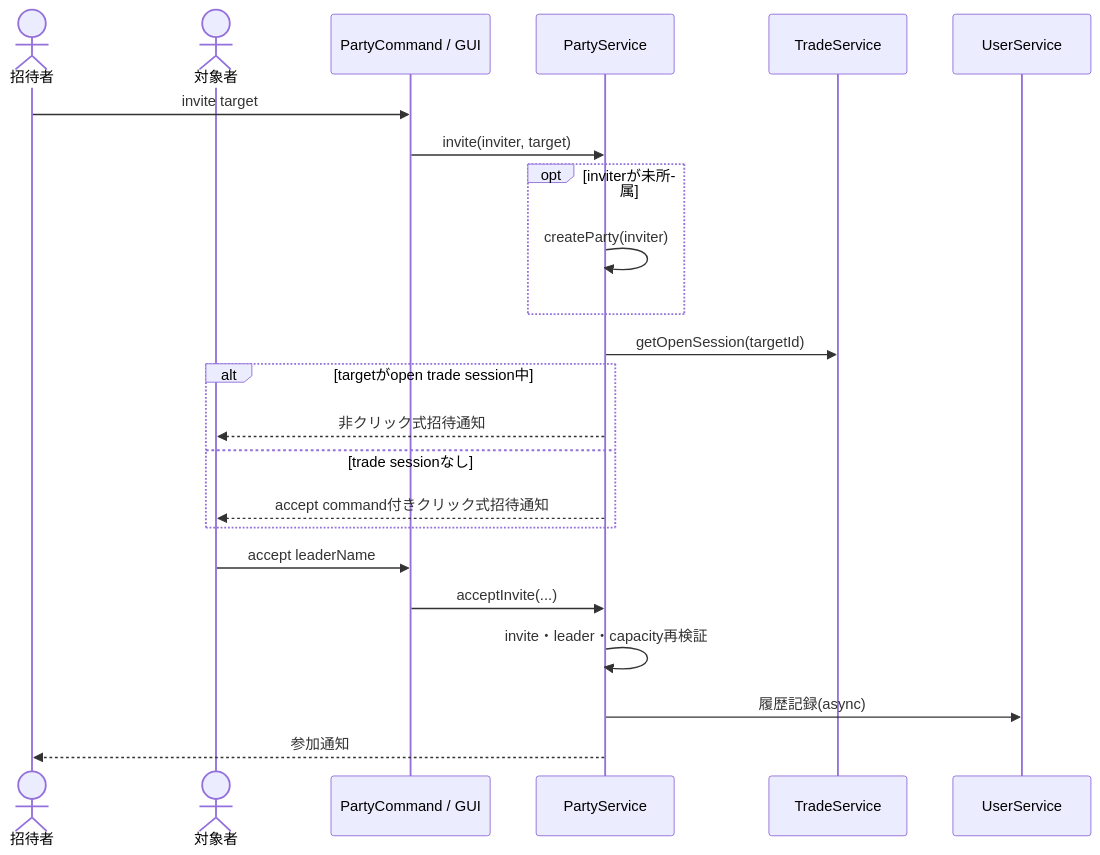
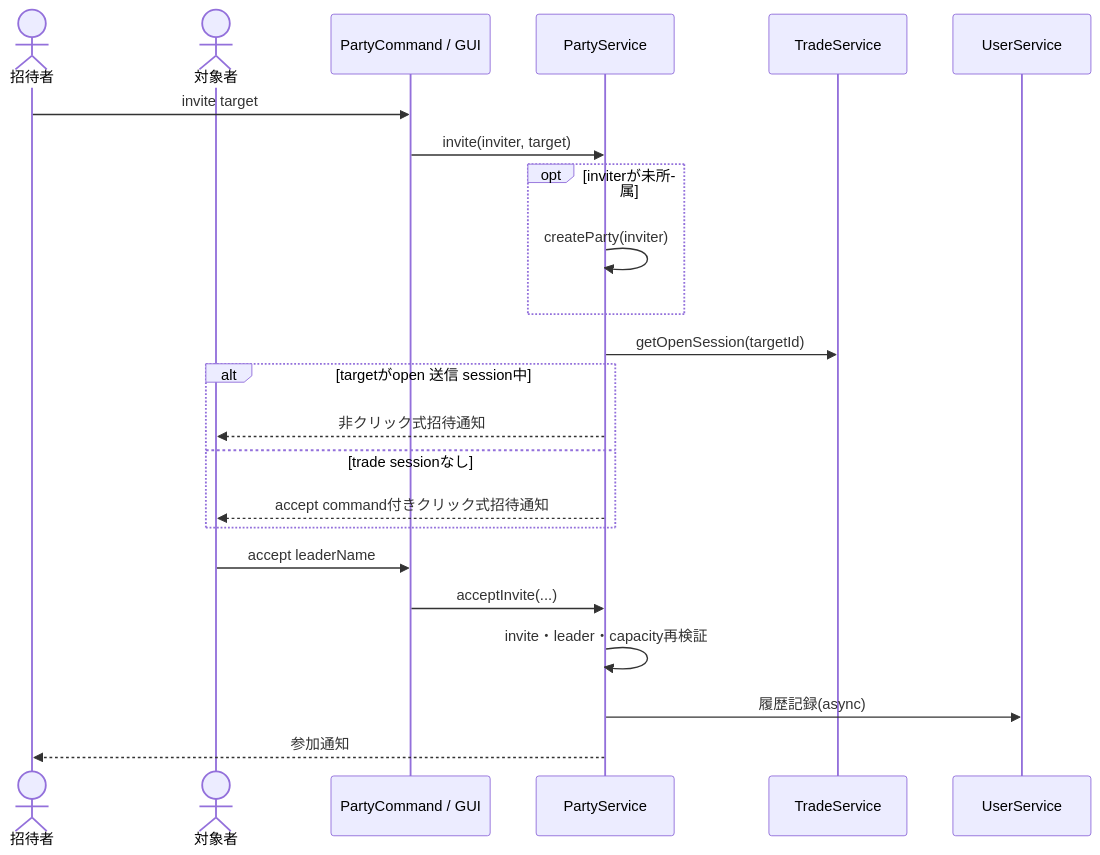
The first of 5 diagrams in 00_docs/10_Plugin設計書/feature/19-party/19_4-統合フロー.md (maaasu/AstralRecord-Workspace), drawn with Mermaid before and after one commit. The commit also changed other lines of this file and 40 other files, not shown here.

````diff
--- a/00_docs/10_Plugin設計書/feature/19-party/19_4-統合フロー.md
+++ b/00_docs/10_Plugin設計書/feature/19-party/19_4-統合フロー.md
@@ -7,25 +7,25 @@
 ```mermaid
 sequenceDiagram
     actor Leader as 招待者
     actor Target as 対象者
     participant Command as PartyCommand / GUI
     participant Party as PartyService
     participant Trade as TradeService
     participant User as UserService
     Leader->>Command: invite target
     Command->>Party: invite(inviter, target)
     opt inviterが未所属
         Party->>Party: createParty(inviter)
     end
     Party->>Trade: getOpenSession(targetId)
-    alt targetがopen trade session中
+    alt targetがopen 送信 session中
         Party-->>Target: 非クリック式招待通知
     else trade sessionなし
         Party-->>Target: accept command付きクリック式招待通知
     end
     Target->>Command: accept leaderName
     Command->>Party: acceptInvite(...)
     Party->>Party: invite・leader・capacity再検証
     Party->>User: 履歴記録(async)
     Party-->>Leader: 参加通知
 ```
````
